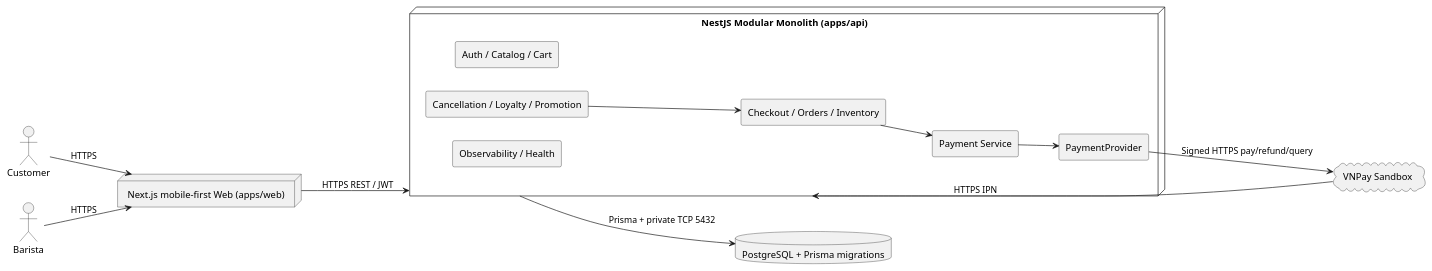
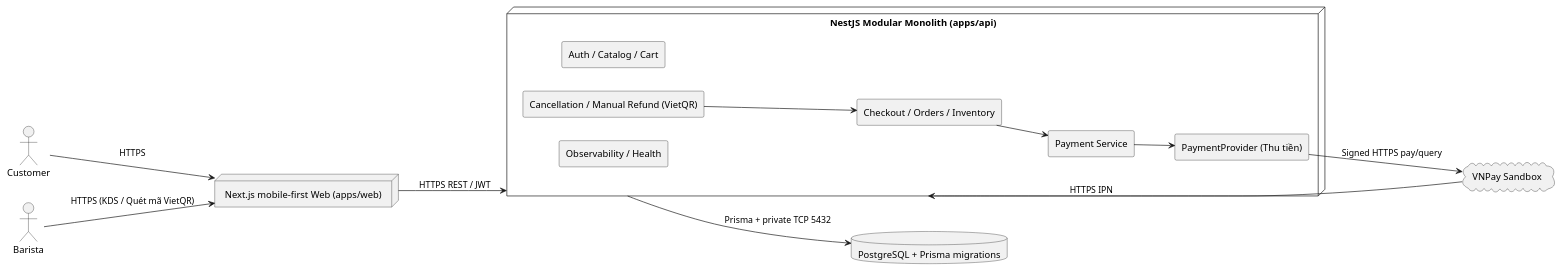
The diagram in docs/diagrams/architecture-logical.puml (Thaitruong26/Brewlite-A2), drawn with PlantUML before and after one commit. The commit also changed 14 other files, not shown here.

Commit message:
docs: align SRS, ADR-009, use-case specifications, and PlantUML diagrams with manual VietQR barista refund workflow

```diff
--- a/docs/diagrams/architecture-logical.puml
+++ b/docs/diagrams/architecture-logical.puml
@@ -1,26 +1,26 @@
 @startuml
 left to right direction
 skinparam componentStyle rectangle
 actor Customer
 actor Barista
 node "Next.js mobile-first Web (apps/web)" as Web
 node "NestJS Modular Monolith (apps/api)" as API {
  component "Auth / Catalog / Cart" as C
  component "Checkout / Orders / Inventory" as O
  component "Payment Service" as P
- component "PaymentProvider" as I
- component "Cancellation / Loyalty / Promotion" as L
+ component "PaymentProvider (Thu tiền)" as I
+ component "Cancellation / Manual Refund (VietQR)" as L
  component "Observability / Health" as H
 }
 database "PostgreSQL + Prisma migrations" as DB
 cloud "VNPay Sandbox" as VN
 Customer --> Web : HTTPS
-Barista --> Web : HTTPS
+Barista --> Web : HTTPS (KDS / Quét mã VietQR)
 Web --> API : HTTPS REST / JWT
 API --> DB : Prisma + private TCP 5432
 O --> P
 P --> I
-I --> VN : Signed HTTPS pay/refund/query
+I --> VN : Signed HTTPS pay/query
 VN --> API : HTTPS IPN
 L --> O
 @enduml
```
